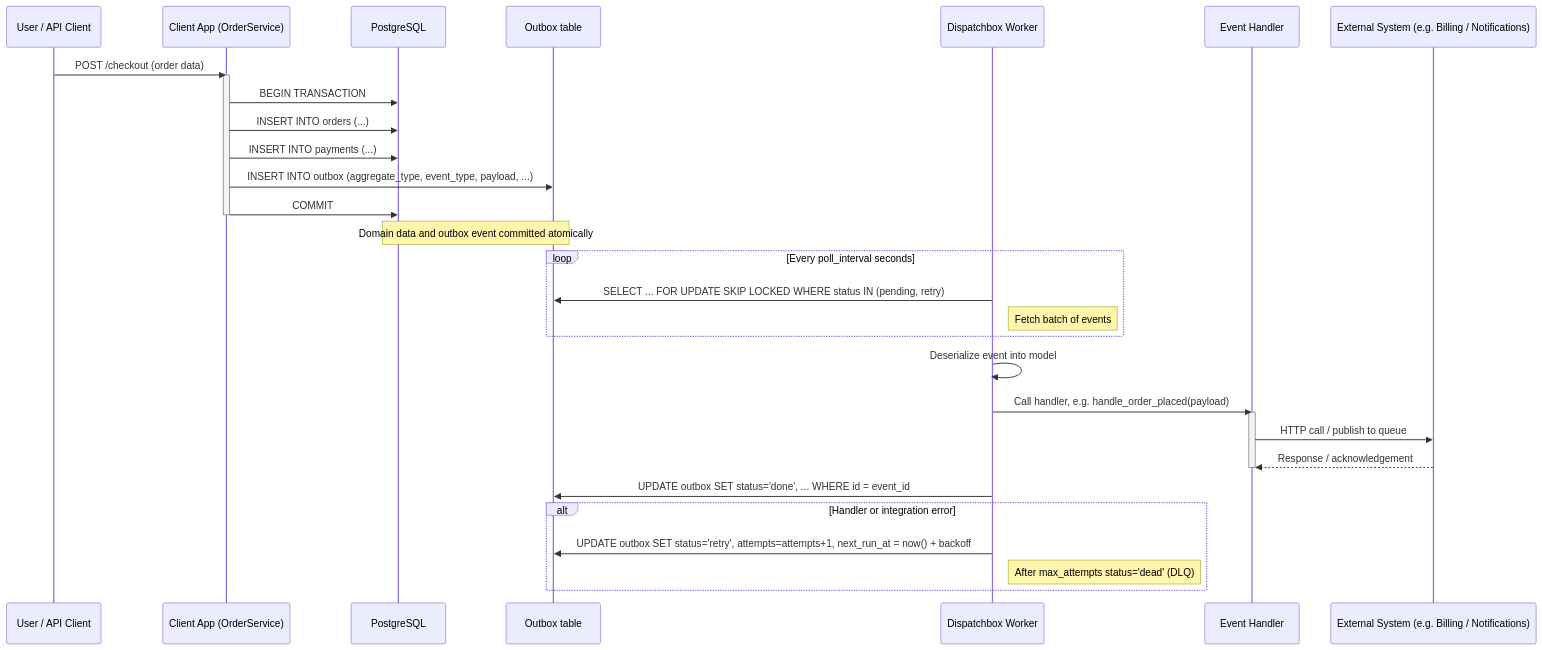
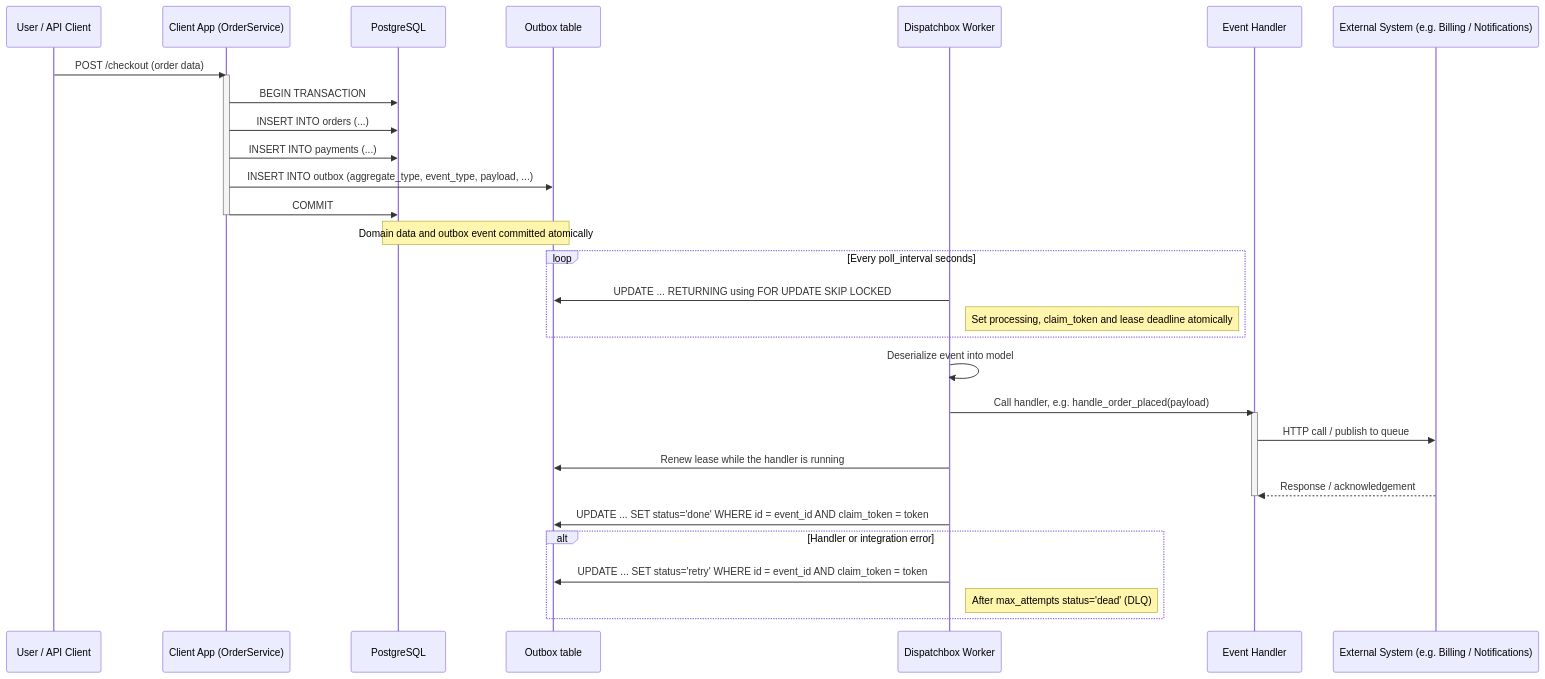
The second of 2 diagrams in README.md (magsoftware/dispatchbox), drawn with Mermaid before and after one commit. The commit also changed other lines of this file and 12 other files, not shown here.

First line of the commit message:
feat(outbox): add atomic leased event claiming with fencing tokens

````diff
--- a/README.md
+++ b/README.md
@@ -320,42 +322,43 @@
 ```mermaid
 sequenceDiagram
     participant User as User / API Client
     participant App as Client App (OrderService)
     participant DB as PostgreSQL
     participant Outbox as Outbox table
     participant DBox as Dispatchbox Worker
     participant H as Event Handler
     participant Ext as External System (e.g. Billing / Notifications)
 
     User->>App: POST /checkout (order data)
     activate App
 
     App->>DB: BEGIN TRANSACTION
     App->>DB: INSERT INTO orders (...)
     App->>DB: INSERT INTO payments (...)
     App->>Outbox: INSERT INTO outbox (aggregate_type, event_type, payload, ...)
     App->>DB: COMMIT
     deactivate App
 
     Note over DB,Outbox: Domain data and outbox event committed atomically
 
     loop Every poll_interval seconds
-        DBox->>Outbox: SELECT ... FOR UPDATE SKIP LOCKED WHERE status IN (pending, retry)
-        Note right of DBox: Fetch batch of events
+        DBox->>Outbox: UPDATE ... RETURNING using FOR UPDATE SKIP LOCKED
+        Note right of DBox: Set processing, claim_token and lease deadline atomically
     end
 
     DBox->>DBox: Deserialize event into model
     DBox->>H: Call handler, e.g. handle_order_placed(payload)
     activate H
 
     H->>Ext: HTTP call / publish to queue
+    DBox->>Outbox: Renew lease while the handler is running
     Ext-->>H: Response / acknowledgement
     deactivate H
 
-    DBox->>Outbox: UPDATE outbox SET status='done', ... WHERE id = event_id
+    DBox->>Outbox: UPDATE ... SET status='done' WHERE id = event_id AND claim_token = token
 
     alt Handler or integration error
-        DBox->>Outbox: UPDATE outbox SET status='retry', attempts=attempts+1, next_run_at = now() + backoff
+        DBox->>Outbox: UPDATE ... SET status='retry' WHERE id = event_id AND claim_token = token
         Note right of DBox: After max_attempts status='dead' (DLQ)
     end
 ```
````
